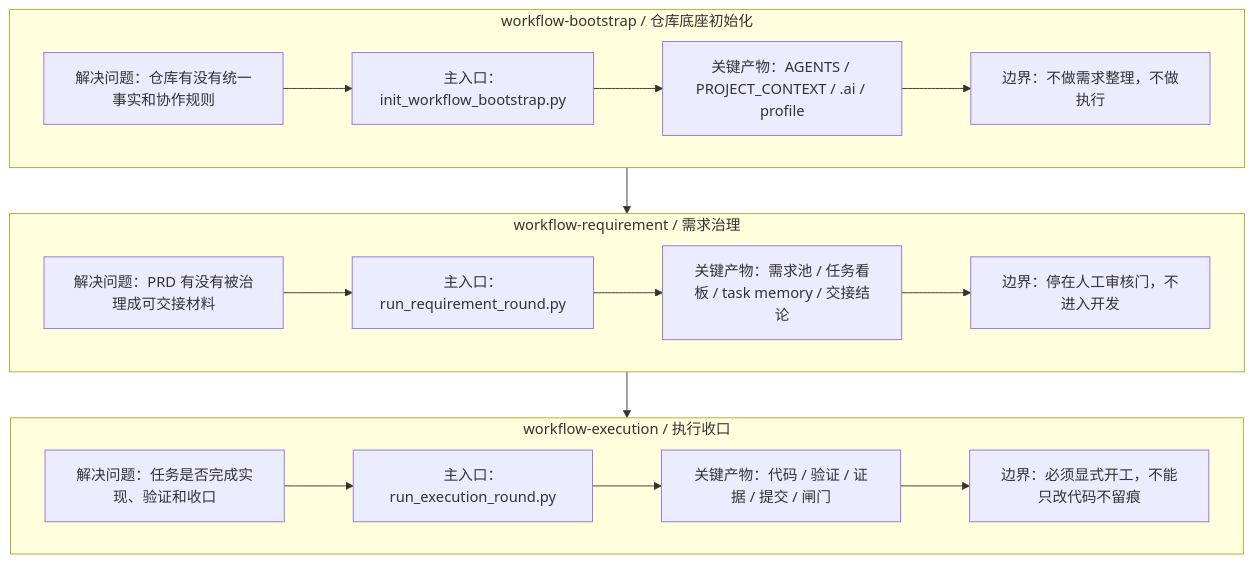
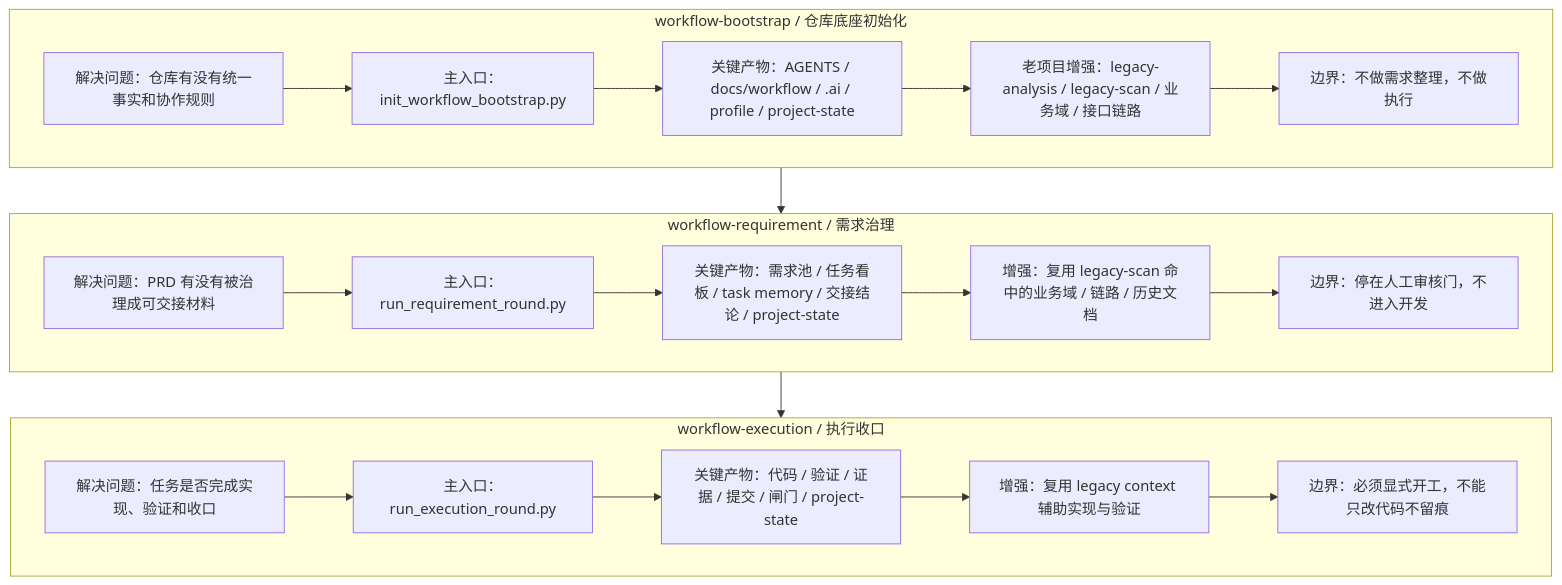
One commit to beyond-snail/workflow-skills changed the second of 3 diagrams in 可视化草图.md. Above: the diagram before and after it, drawn with Mermaid. The commit also changed other lines of this file and 5 other files, not shown here.

````diff
--- a/可视化草图.md
+++ b/可视化草图.md
@@ -40,28 +42,31 @@
 ```mermaid
 flowchart TB
     subgraph S1[workflow-bootstrap / 仓库底座初始化]
         A1[解决问题：仓库有没有统一事实和协作规则]
         A2[主入口：init_workflow_bootstrap.py]
-        A3[关键产物：AGENTS / PROJECT_CONTEXT / .ai / profile]
+        A3[关键产物：AGENTS / docs/workflow / .ai / profile / project-state]
+        A5[老项目增强：legacy-analysis / legacy-scan / 业务域 / 接口链路]
         A4[边界：不做需求整理，不做执行]
-        A1 --> A2 --> A3 --> A4
+        A1 --> A2 --> A3 --> A5 --> A4
     end
 
     subgraph S2[workflow-requirement / 需求治理]
         B1[解决问题：PRD 有没有被治理成可交接材料]
         B2[主入口：run_requirement_round.py]
-        B3[关键产物：需求池 / 任务看板 / task memory / 交接结论]
+        B3[关键产物：需求池 / 任务看板 / task memory / 交接结论 / project-state]
+        B5[增强：复用 legacy-scan 命中的业务域 / 链路 / 历史文档]
         B4[边界：停在人工审核门，不进入开发]
-        B1 --> B2 --> B3 --> B4
+        B1 --> B2 --> B3 --> B5 --> B4
     end
 
     subgraph S3[workflow-execution / 执行收口]
         C1[解决问题：任务是否完成实现、验证和收口]
         C2[主入口：run_execution_round.py]
-        C3[关键产物：代码 / 验证 / 证据 / 提交 / 闸门]
+        C3[关键产物：代码 / 验证 / 证据 / 提交 / 闸门 / project-state]
+        C5[增强：复用 legacy context 辅助实现与验证]
         C4[边界：必须显式开工，不能只改代码不留痕]
-        C1 --> C2 --> C3 --> C4
+        C1 --> C2 --> C3 --> C5 --> C4
     end
 
     S1 --> S2 --> S3
 ```
````
